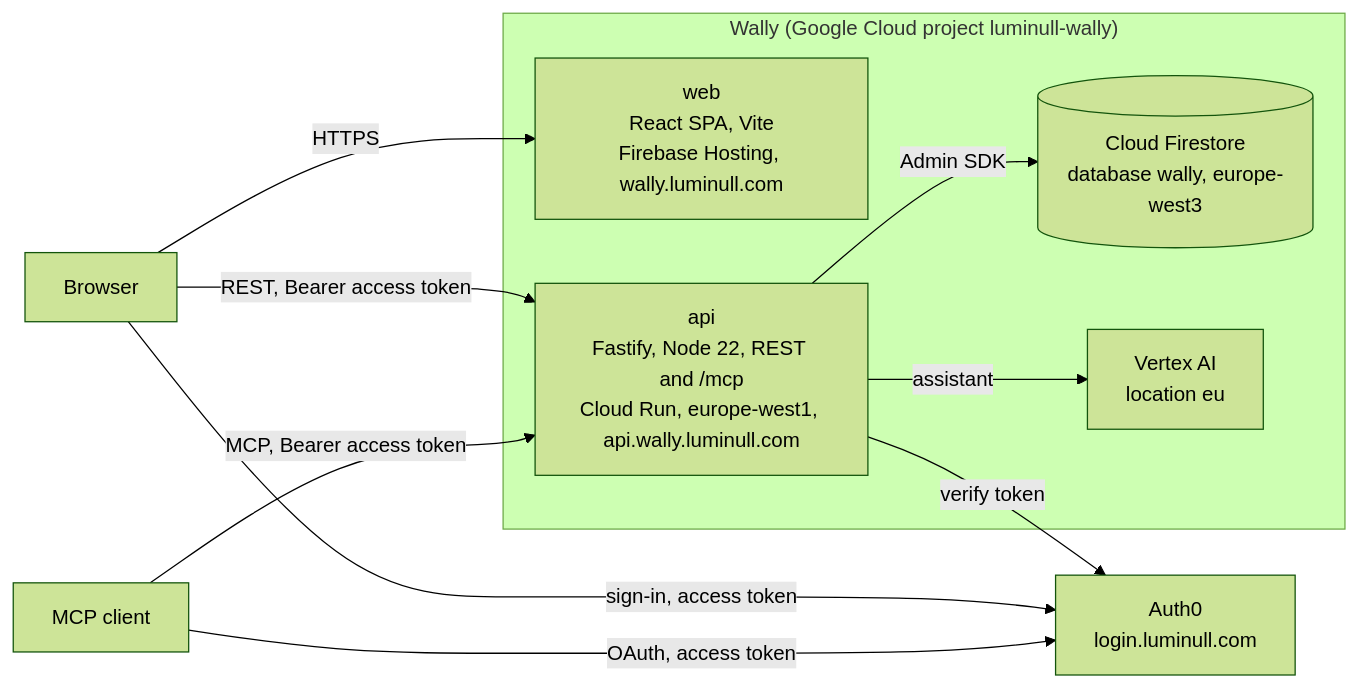
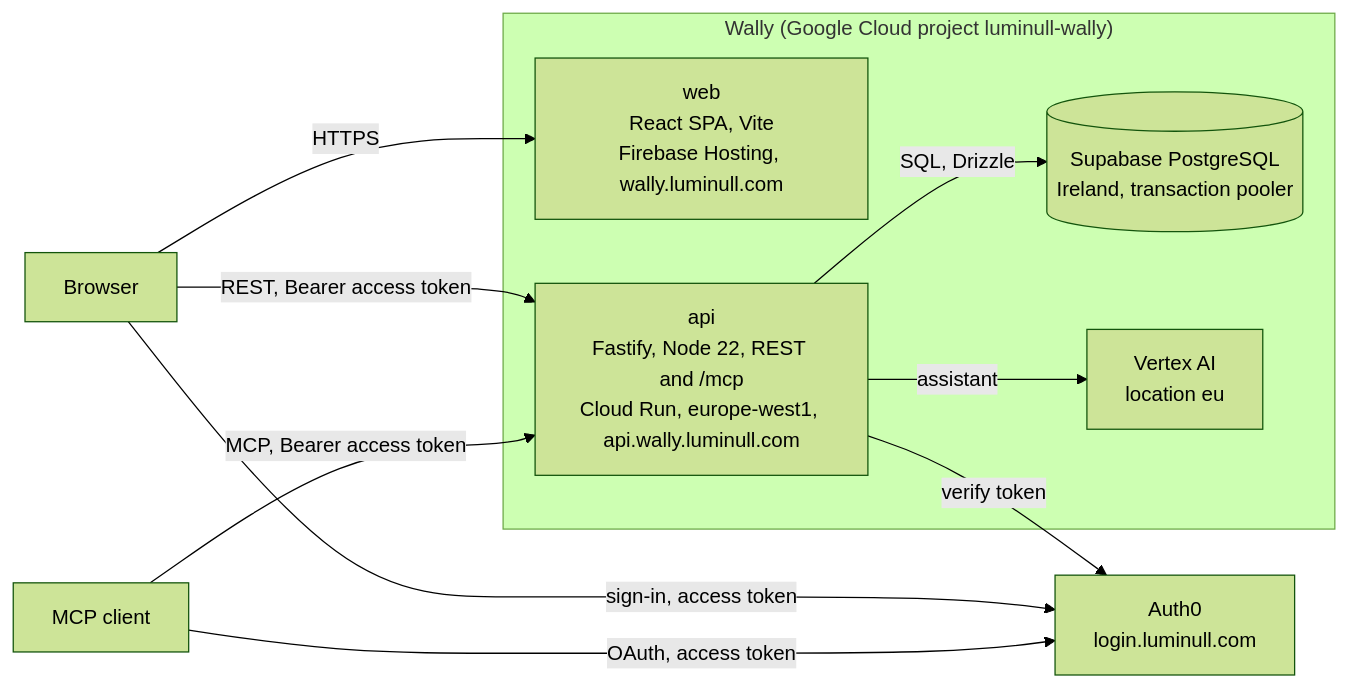
Before and after one commit to milad-luminull/wally: the second of 2 diagrams in docs/architecture/overview.md, drawn with Mermaid (forest theme). The commit also changed other lines of this file and 168 other files, not shown here.

First line of the commit message:
feat(api): PostgreSQL foundation — schema, local database, test harness, withTransaction (slice 1) (#87)

````diff
--- a/docs/architecture/overview.md
+++ b/docs/architecture/overview.md
@@ -35,20 +35,20 @@
 ```mermaid
 flowchart LR
   browser["Browser"]
   host["MCP client"]
   auth0["Auth0<br/>login.luminull.com"]
   subgraph wally["Wally (Google Cloud project luminull-wally)"]
     web["web<br/>React SPA, Vite<br/>Firebase Hosting, wally.luminull.com"]
     api["api<br/>Fastify, Node 22, REST and /mcp<br/>Cloud Run, europe-west1, api.wally.luminull.com"]
-    store[("Cloud Firestore<br/>database wally, europe-west3")]
+    store[("Supabase PostgreSQL<br/>Ireland, transaction pooler")]
     model["Vertex AI<br/>location eu"]
   end
   browser -->|HTTPS| web
   browser -->|sign-in, access token| auth0
   host -->|OAuth, access token| auth0
   browser -->|REST, Bearer access token| api
   host -->|MCP, Bearer access token| api
   api -->|verify token| auth0
-  api -->|Admin SDK| store
+  api -->|SQL, Drizzle| store
   api -->|assistant| model
 ```
````
